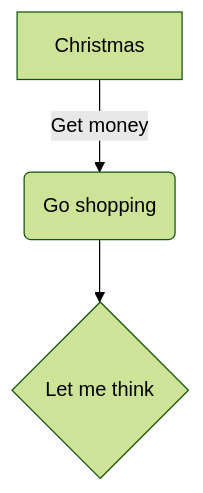
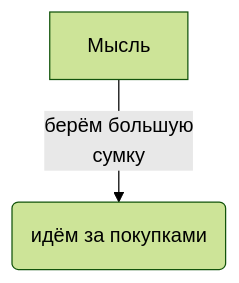
One commit to alexander-kolenov/check_mermaid changed the diagram in check.mmd. Above: the diagram before and after it, drawn with Mermaid (forest theme). The commit also changed other lines of this file, not shown here.

```diff
--- a/check.mmd
+++ b/check.mmd
@@ -1,6 +1,8 @@
 
 graph TD
-  A[Christmas]
+  %% DB[База данных]
   
-  A -->|Get money| B(Go shopping)
-  B --> C{Let me think}
+  a.s[Мысль]
+  B(идём за покупками)
+  
+  a.s -->|берём большую<br>сумку| B
```
